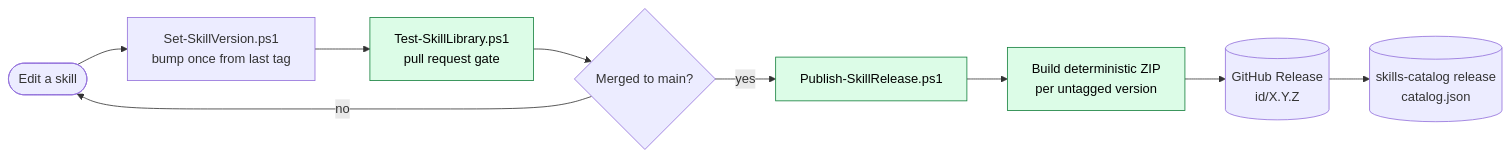
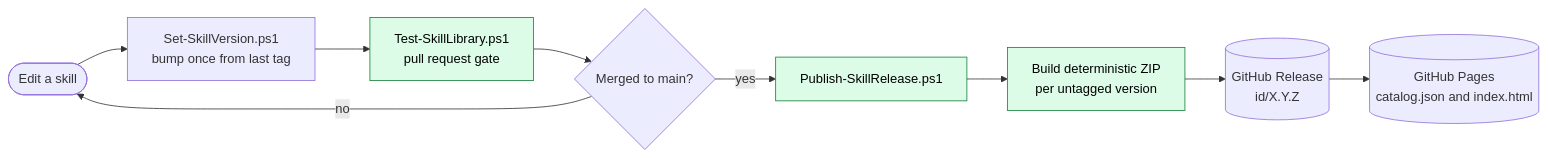
Before and after one commit to f2calv/.github: the second of 4 diagrams in docs/architecture.md, drawn with Mermaid. The commit also changed other lines of this file and 4 other files, not shown here.

First line of the commit message:
docs: add end-to-end demos and document the Pages catalog

````diff
--- a/docs/architecture.md
+++ b/docs/architecture.md
@@ -72,14 +72,14 @@
 ```mermaid
 flowchart LR
     edit([Edit a skill]) --> bump[Set-SkillVersion.ps1<br/>bump once from last tag]
     bump --> check[Test-SkillLibrary.ps1<br/>pull request gate]
     check --> merge{Merged to main?}
     merge -- no --> edit
     merge -- yes --> publish[Publish-SkillRelease.ps1]
     publish --> zip[Build deterministic ZIP<br/>per untagged version]
     zip --> release[(GitHub Release<br/>id/X.Y.Z)]
-    release --> catalog[(skills-catalog release<br/>catalog.json)]
+    release --> catalog[(GitHub Pages<br/>catalog.json and index.html)]
 
     classDef ci fill:#dcfce7,stroke:#15803d,color:#000
     class check,publish,zip ci
 ```
````
